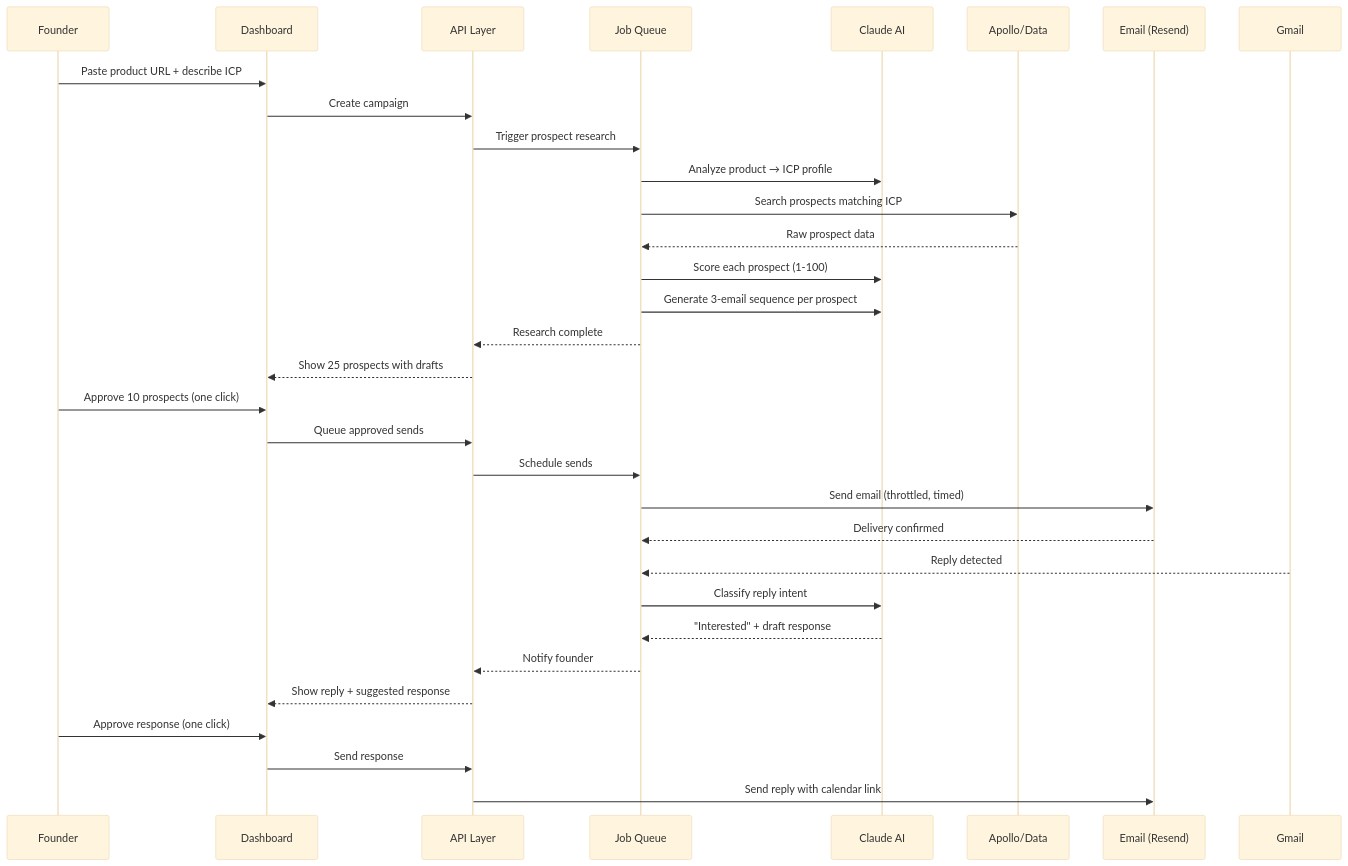
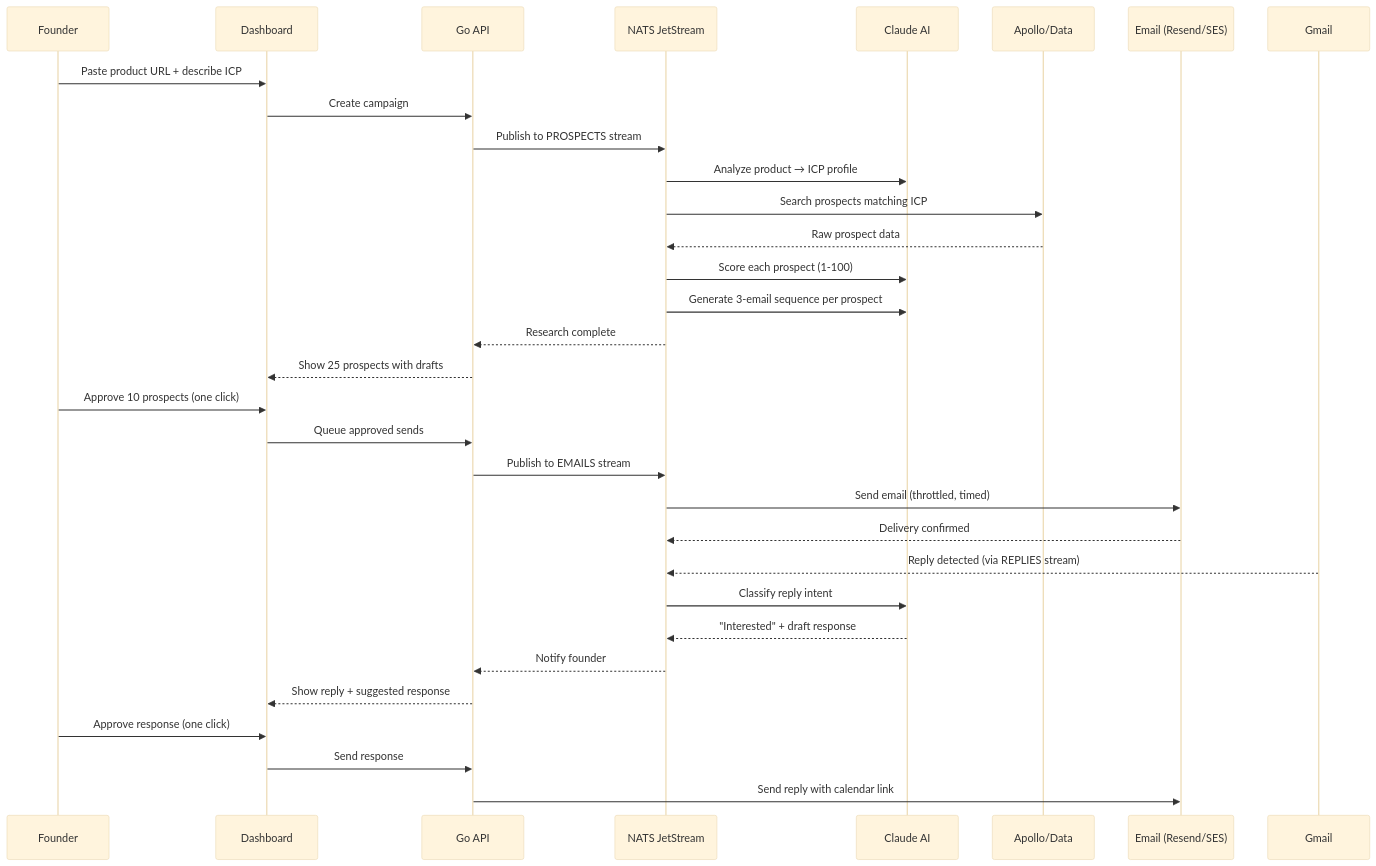
Before and after one commit to javajack/spear-gtm: the second of 2 diagrams in src/content/docs/architecture/system-design.mdx, drawn with Mermaid (base theme). The commit also changed other lines of this file and 30 other files, not shown here.

````diff
--- a/src/content/docs/architecture/system-design.mdx
+++ b/src/content/docs/architecture/system-design.mdx
@@ -74,37 +75,37 @@
 ```mermaid
 sequenceDiagram
     participant F as Founder
     participant UI as Dashboard
-    participant API as API Layer
-    participant Q as Job Queue
+    participant API as Go API
+    participant Q as NATS JetStream
     participant AI as Claude AI
     participant D as Apollo/Data
-    participant E as Email (Resend)
+    participant E as Email (Resend/SES)
     participant G as Gmail
 
     F->>UI: Paste product URL + describe ICP
     UI->>API: Create campaign
-    API->>Q: Trigger prospect research
+    API->>Q: Publish to PROSPECTS stream
     Q->>AI: Analyze product → ICP profile
     Q->>D: Search prospects matching ICP
     D-->>Q: Raw prospect data
     Q->>AI: Score each prospect (1-100)
     Q->>AI: Generate 3-email sequence per prospect
     Q-->>API: Research complete
     API-->>UI: Show 25 prospects with drafts
 
     F->>UI: Approve 10 prospects (one click)
     UI->>API: Queue approved sends
-    API->>Q: Schedule sends
+    API->>Q: Publish to EMAILS stream
     Q->>E: Send email (throttled, timed)
     E-->>Q: Delivery confirmed
 
-    G-->>Q: Reply detected
+    G-->>Q: Reply detected (via REPLIES stream)
     Q->>AI: Classify reply intent
     AI-->>Q: "Interested" + draft response
     Q-->>API: Notify founder
     API-->>UI: Show reply + suggested response
     F->>UI: Approve response (one click)
     UI->>API: Send response
     API->>E: Send reply with calendar link
 ```
````
